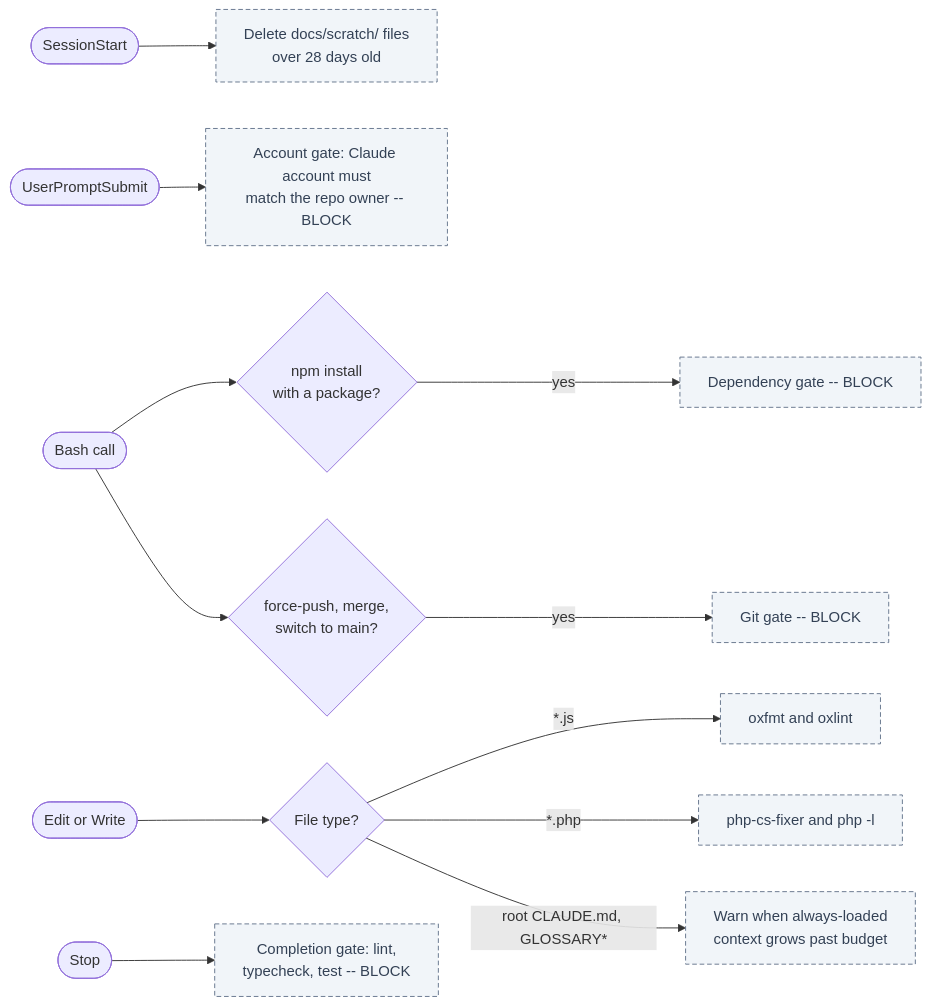
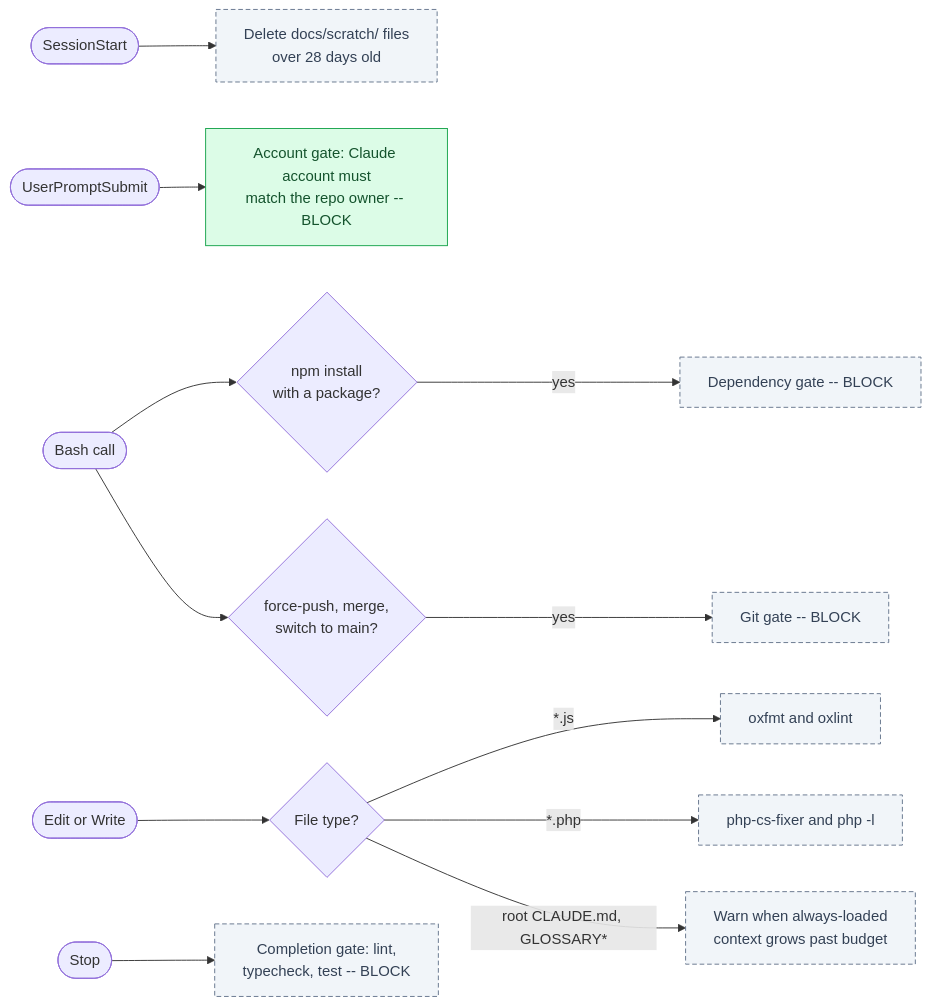
One commit to tforster/agents0 changed the third of 3 diagrams in README.md. Above: the diagram before and after it, drawn with Mermaid. The commit also changed other lines of this file and 5 other files, not shown here.

First line of the commit message:
Account gate hook (Re: AGEN-22) (#7)

````diff
--- a/README.md
+++ b/README.md
@@ -114,16 +115,17 @@
 ```mermaid
 flowchart LR
   sessionStart(["SessionStart"]) --> retention["Delete docs/scratch/ files<br/>over 28 days old"]:::planned
-  prompt(["UserPromptSubmit"]) --> account["Account gate: Claude account must<br/>match the repo owner -- BLOCK"]:::planned
+  prompt(["UserPromptSubmit"]) --> account["Account gate: Claude account must<br/>match the repo owner -- BLOCK"]:::exists
   bash(["Bash call"]) --> install{"npm install<br/>with a package?"}
   install -- yes --> depGate["Dependency gate -- BLOCK"]:::planned
   bash --> git{"force-push, merge,<br/>switch to main?"}
   git -- yes --> gitGate["Git gate -- BLOCK"]:::planned
   edit(["Edit or Write"]) --> fileType{"File type?"}
   fileType -- "*.js" --> jsLint["oxfmt and oxlint"]:::planned
   fileType -- "*.php" --> phpLint["php-cs-fixer and php -l"]:::planned
   fileType -- "root CLAUDE.md, GLOSSARY*" --> budget["Warn when always-loaded<br/>context grows past budget"]:::planned
   stop(["Stop"]) --> completion["Completion gate: lint,<br/>typecheck, test -- BLOCK"]:::planned
 
+  classDef exists fill:#dcfce7,stroke:#16a34a,color:#14532d
   classDef planned fill:#f1f5f9,stroke:#64748b,color:#334155,stroke-dasharray:5 3
 ```
````
